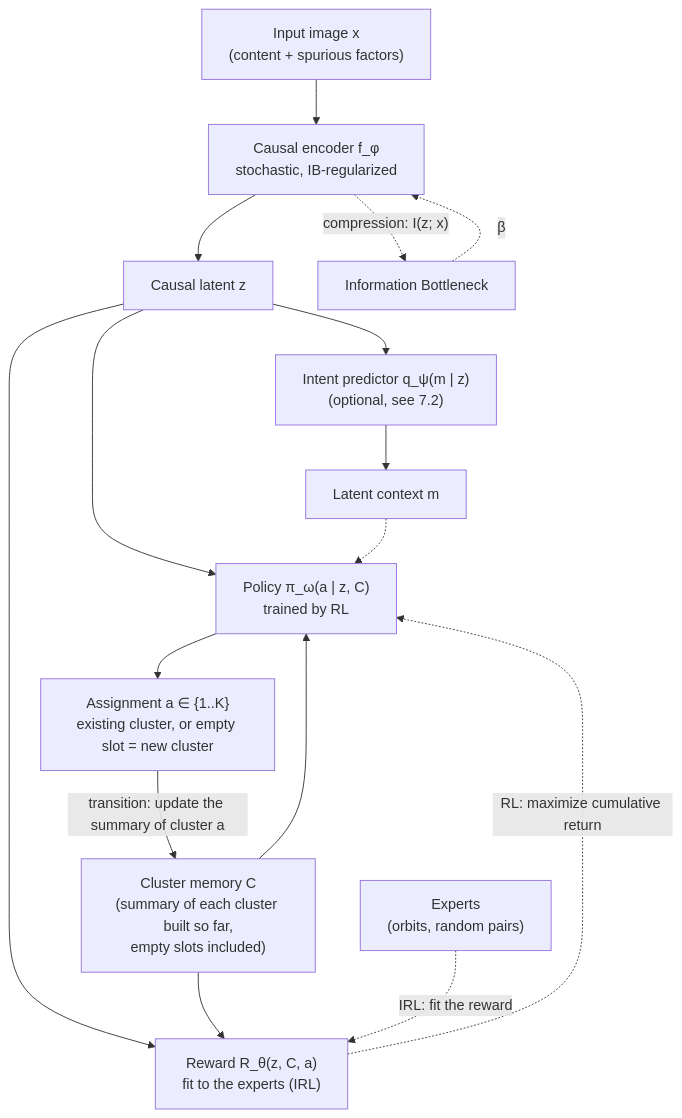
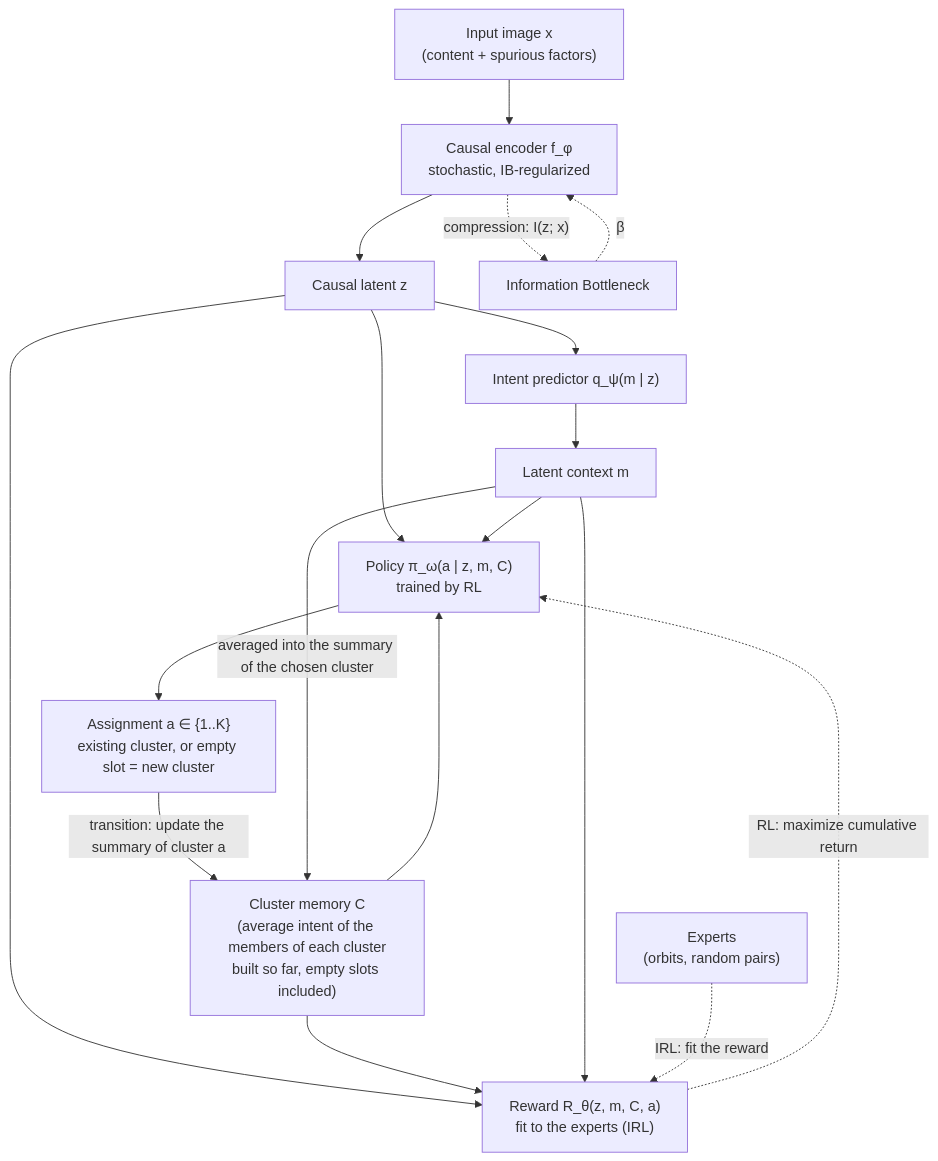
One commit to Josh012006/CIB-IRL changed the first of 2 diagrams in README.md. Above: the diagram before and after it, drawn with Mermaid. The commit also changed other lines of this file, not shown here.

First line of the commit message:
Revise intent and policy descriptions in README

````diff
--- a/README.md
+++ b/README.md
@@ -113,18 +138,20 @@
 ```mermaid
 flowchart TD
     x["Input image x<br/>(content + spurious factors)"] --> enc["Causal encoder f_φ<br/>stochastic, IB-regularized"]
     enc --> z["Causal latent z"]
-    z --> qpsi["Intent predictor q_ψ(m | z)<br/>(optional, see 7.2)"]
+    z --> qpsi["Intent predictor q_ψ(m | z)"]
     qpsi --> m["Latent context m"]
-    z --> pol["Policy π_ω(a | z, C)<br/>trained by RL"]
-    C["Cluster memory C<br/>(summary of each cluster built so far,<br/>empty slots included)"] --> pol
-    m -.-> pol
+    z --> pol["Policy π_ω(a | z, m, C)<br/>trained by RL"]
+    C["Cluster memory C<br/>(average intent of the members of each cluster<br/>built so far, empty slots included)"] --> pol
+    m --> pol
     pol --> a["Assignment a ∈ {1..K}<br/>existing cluster, or empty slot = new cluster"]
     a -- "transition: update the summary of cluster a" --> C
-    z --> rew["Reward R_θ(z, C, a)<br/>fit to the experts (IRL)"]
+    z --> rew["Reward R_θ(z, m, C, a)<br/>fit to the experts (IRL)"]
     C --> rew
+    m --> rew
+    m -- "averaged into the summary of the chosen cluster" --> C
     exp["Experts<br/>(orbits, random pairs)"] -. "IRL: fit the reward" .-> rew
     rew -. "RL: maximize cumulative return" .-> pol
     enc -. "compression: I(z; x)" .-> ib["Information Bottleneck"]
     ib -. "β" .-> enc
 ```
````
